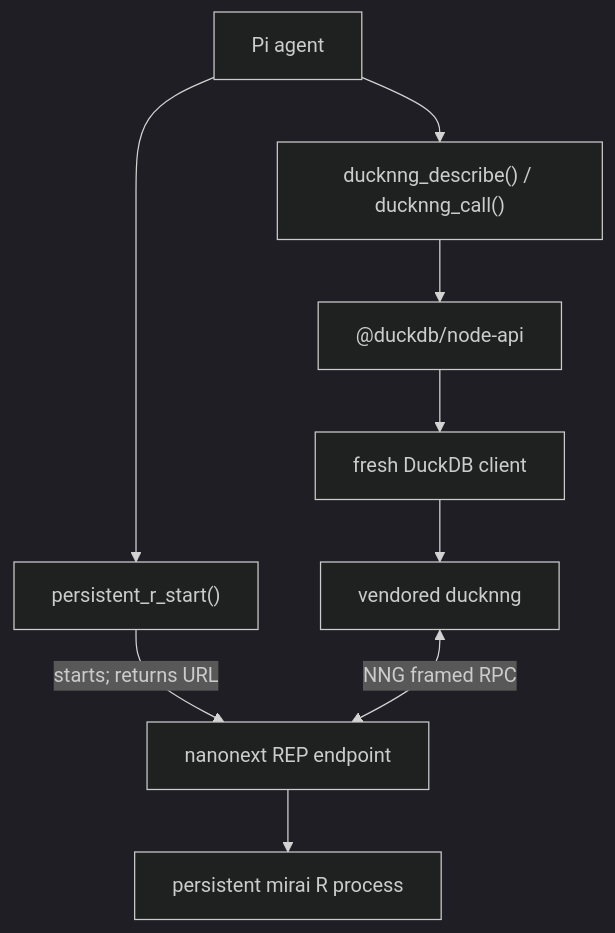
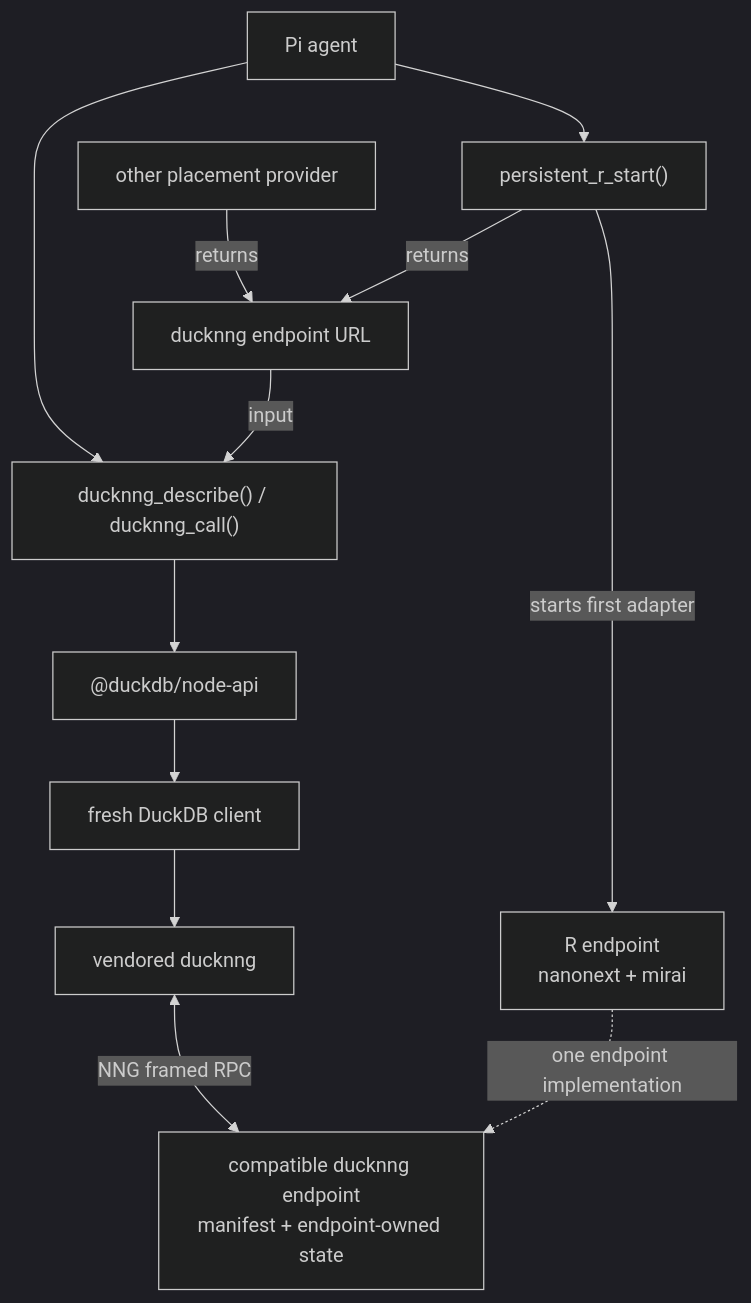
The diagram in man/figures/architecture.mmd (sounkou-bioinfo/pi-ducknng), drawn with Mermaid (dark theme) before and after one commit. The commit also changed 3 other files, not shown here.

Commit message:
docs: show generic endpoint architecture

```diff
--- a/man/figures/architecture.mmd
+++ b/man/figures/architecture.mmd
@@ -1,11 +1,14 @@
 flowchart TB
-    accTitle: Implemented Pi-to-R path
-    accDescr: Pi starts a persistent R endpoint separately from generic manifested calls made through fresh DuckDB clients and ducknng.
-    PI["Pi agent"] --> PLACE["persistent_r_start()"]
-    PI --> RPC["ducknng_describe() / ducknng_call()"]
-    PLACE -->|"starts; returns URL"| NANO["nanonext REP endpoint"]
+    accTitle: Generic ducknng endpoint architecture
+    accDescr: Pi discovers and calls a compatible endpoint selected by URL; the persistent R adapter is one local placement implementation.
+    PI["Pi agent"] --> RPC["ducknng_describe() / ducknng_call()"]
+    PI --> START["persistent_r_start()"]
+    PROVIDER["other placement provider"] -->|"returns"| URL["ducknng endpoint URL"]
+    START -->|"returns"| URL
+    URL -->|"input"| RPC
     RPC --> API["@duckdb/node-api"]
     API --> DB["fresh DuckDB client"]
     DB --> DNNG["vendored ducknng"]
-    DNNG <-->|"NNG framed RPC"| NANO
-    NANO --> R["persistent mirai R process"]
+    DNNG <-->|"NNG framed RPC"| ENDPOINT["compatible ducknng endpoint<br/>manifest + endpoint-owned state"]
+    START -->|"starts first adapter"| R["R endpoint<br/>nanonext + mirai"]
+    R -. "one endpoint implementation" .-> ENDPOINT
```
